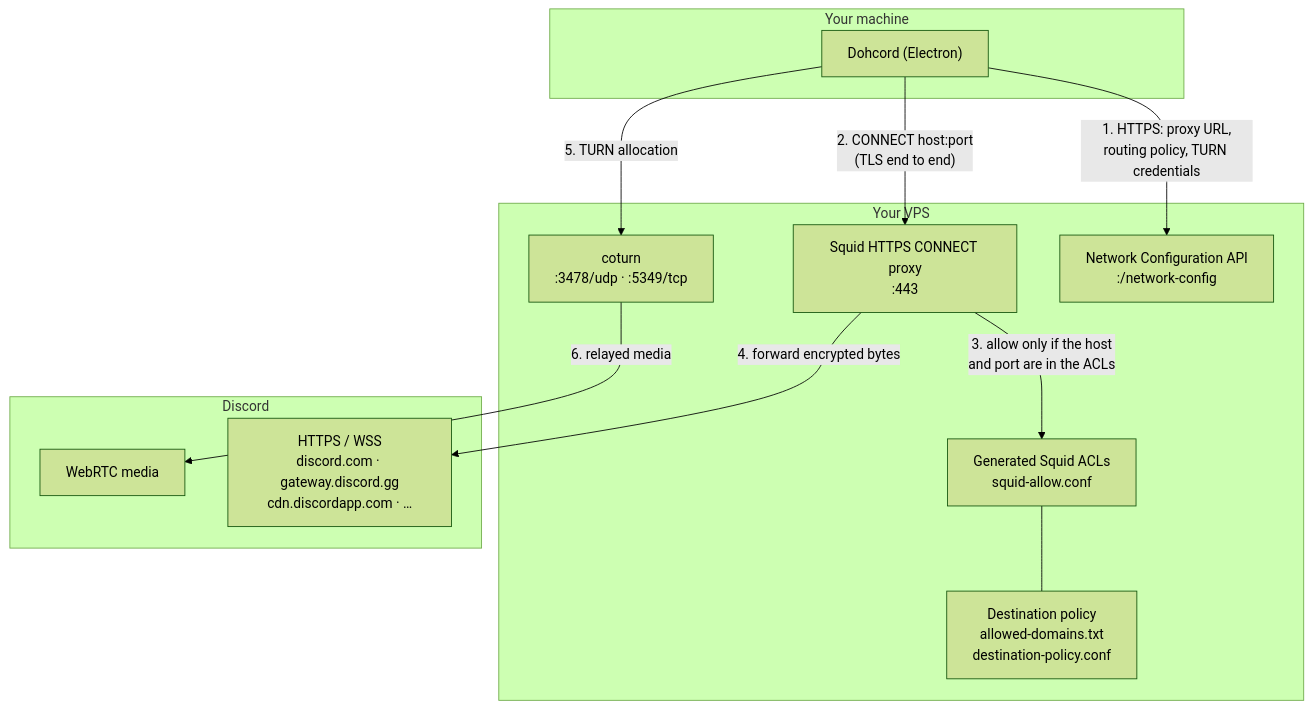
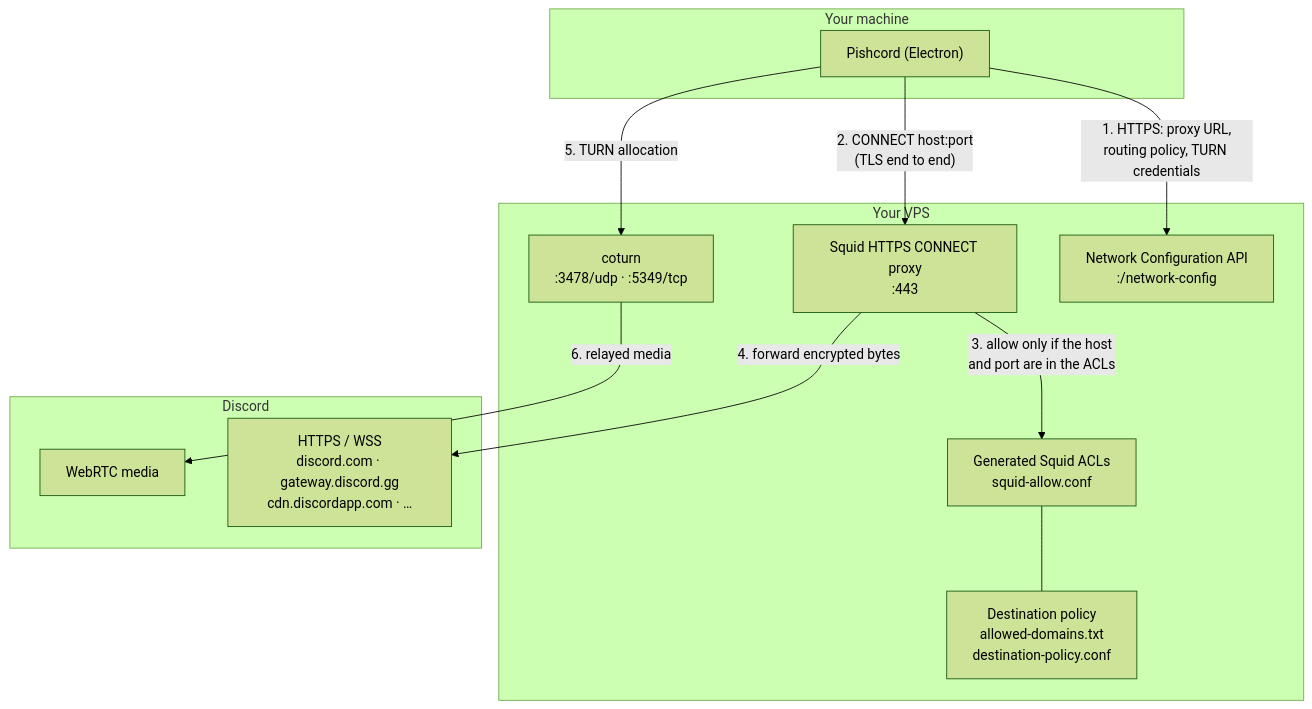
The diagram in README.md (Newipe/Dohcord-relay), drawn with Mermaid (forest theme) before and after one commit. The commit also changed other lines of this file and 19 other files, not shown here.

First line of the commit message:
Rename the Dohcord client references to Pishcord

````diff
--- a/README.md
+++ b/README.md
@@ -139,27 +139,27 @@
 ```mermaid
 flowchart TB
     subgraph client["Your machine"]
-        D["Dohcord (Electron)"]
+        D["Pishcord (Electron)"]
     end
 
     subgraph vps["Your VPS"]
         API["Network Configuration API<br/>:<configured port>/network-config"]
         SQ["Squid HTTPS CONNECT proxy<br/>:443"]
         POLICY["Destination policy<br/>allowed-domains.txt<br/>destination-policy.conf"]
         ACL["Generated Squid ACLs<br/>squid-allow.conf"]
         TURN["coturn<br/>:3478/udp · :5349/tcp"]
     end
 
     subgraph discord["Discord"]
         WEB["HTTPS / WSS<br/>discord.com · gateway.discord.gg<br/>cdn.discordapp.com · …"]
         RTC["WebRTC media"]
     end
 
     D -- "1. HTTPS: proxy URL,<br/>routing policy, TURN credentials" --> API
     D -- "2. CONNECT host:port<br/>(TLS end to end)" --> SQ
     SQ -- "3. allow only if the host<br/>and port are in the ACLs" --> ACL
     ACL --- POLICY
     SQ -- "4. forward encrypted bytes" --> WEB
     D -- "5. TURN allocation" --> TURN
     TURN -- "6. relayed media" --> RTC
 ```
````
